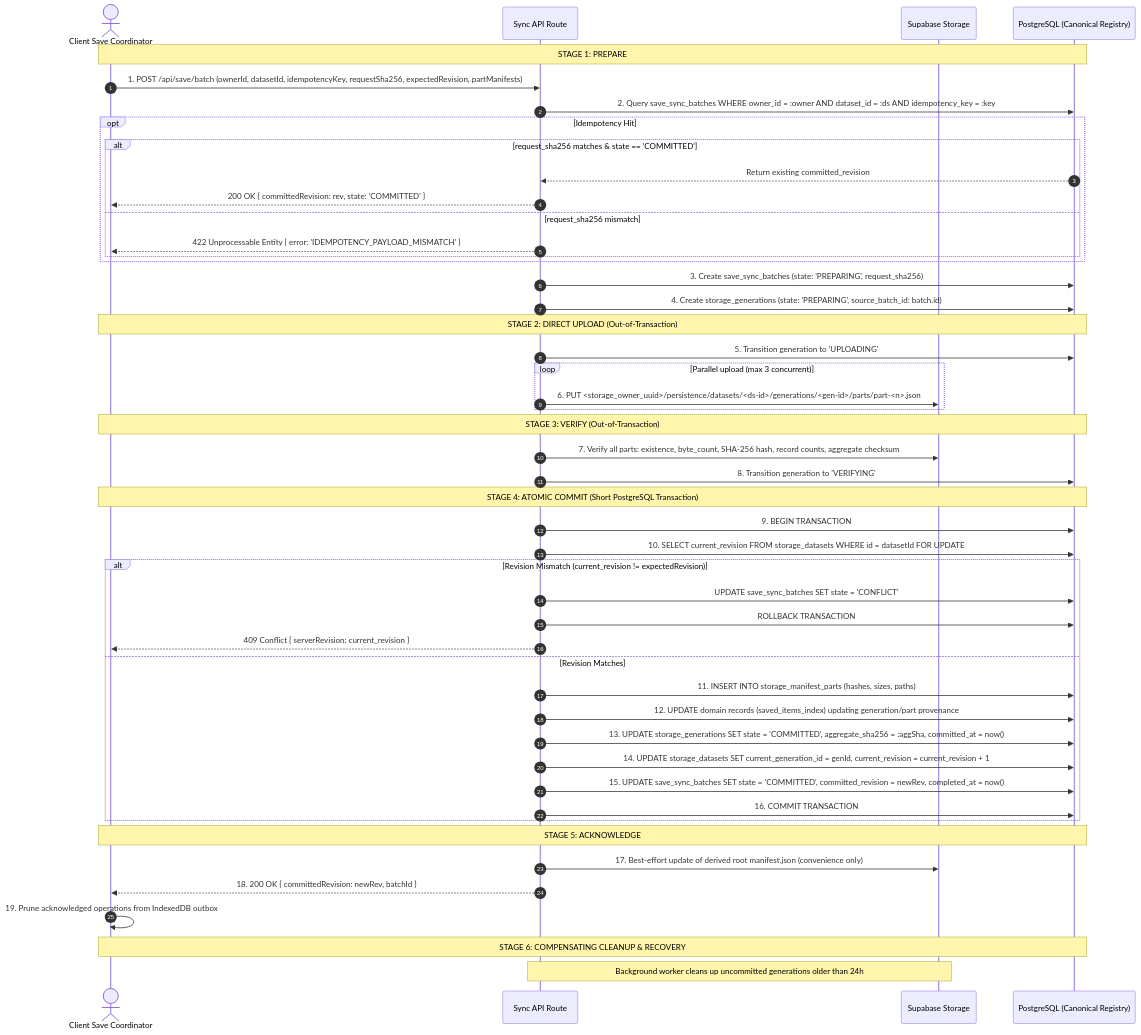
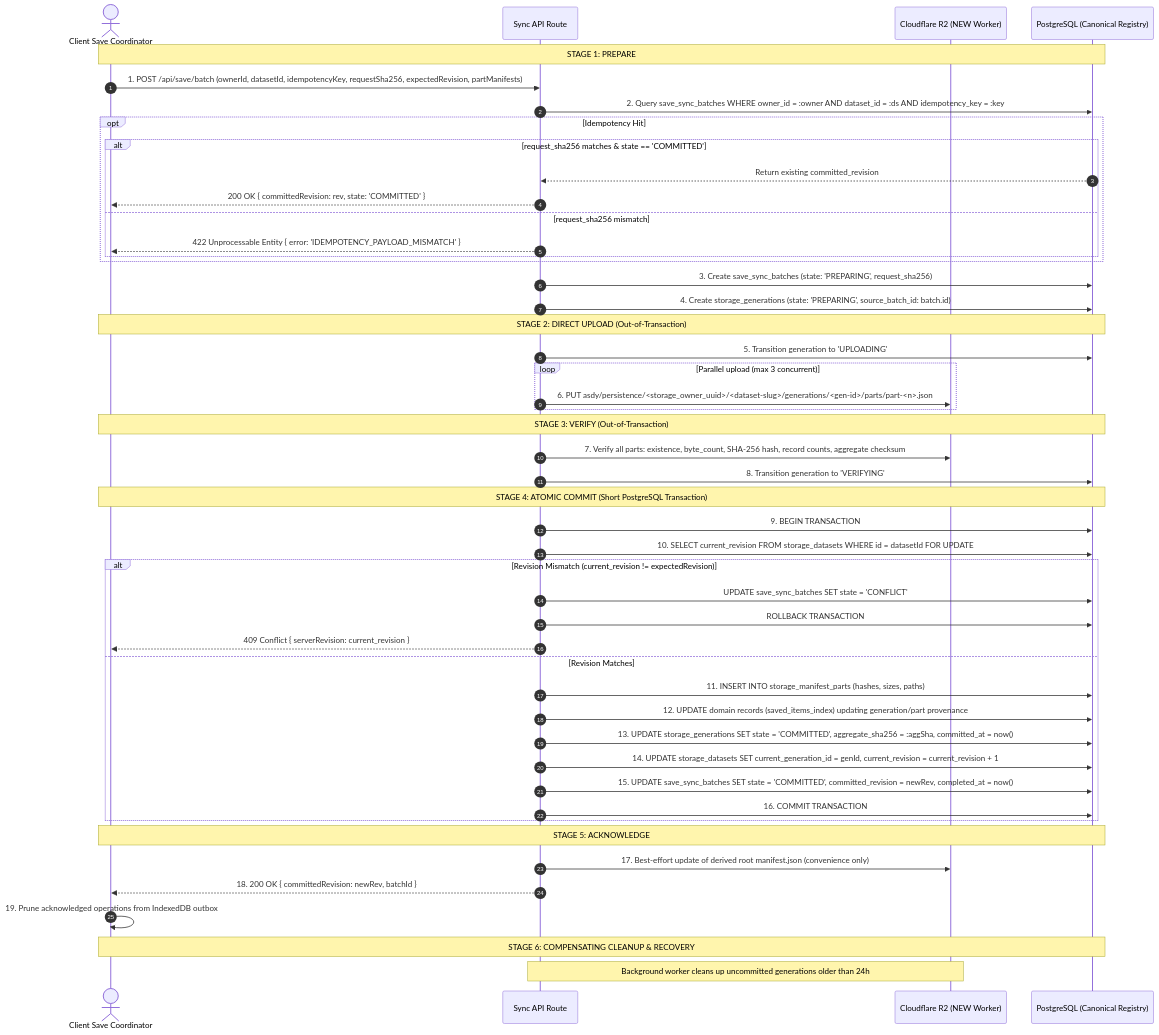
One commit to alahly13/youtube-discovery changed the diagram in docs/data-architecture/sync-and-recovery.md. Above: the diagram before and after it, drawn with Mermaid. The commit also changed other lines of this file and 56 other files, not shown here.

Commit message:
Latest updates - sync and architecture improvements

````diff
--- a/docs/data-architecture/sync-and-recovery.md
+++ b/docs/data-architecture/sync-and-recovery.md
@@ -58,56 +61,56 @@
 ```mermaid
 sequenceDiagram
     autonumber
     actor Client as Client Save Coordinator
     participant Server as Sync API Route
-    participant Storage as Supabase Storage
+    participant Storage as Cloudflare R2 (NEW Worker)
     participant DB as PostgreSQL (Canonical Registry)
 
     Note over Client,DB: STAGE 1: PREPARE
     Client->>Server: 1. POST /api/save/batch (ownerId, datasetId, idempotencyKey, requestSha256, expectedRevision, partManifests)
     Server->>DB: 2. Query save_sync_batches WHERE owner_id = :owner AND dataset_id = :ds AND idempotency_key = :key
     opt Idempotency Hit
         alt request_sha256 matches & state == 'COMMITTED'
             DB-->>Server: Return existing committed_revision
             Server-->>Client: 200 OK { committedRevision: rev, state: 'COMMITTED' }
         else request_sha256 mismatch
             Server-->>Client: 422 Unprocessable Entity { error: 'IDEMPOTENCY_PAYLOAD_MISMATCH' }
         end
     end
     Server->>DB: 3. Create save_sync_batches (state: 'PREPARING', request_sha256)
     Server->>DB: 4. Create storage_generations (state: 'PREPARING', source_batch_id: batch.id)
 
     Note over Client,DB: STAGE 2: DIRECT UPLOAD (Out-of-Transaction)
     Server->>DB: 5. Transition generation to 'UPLOADING'
     loop Parallel upload (max 3 concurrent)
-        Server->>Storage: 6. PUT <storage_owner_uuid>/persistence/datasets/<ds-id>/generations/<gen-id>/parts/part-<n>.json
+        Server->>Storage: 6. PUT asdy/persistence/<storage_owner_uuid>/<dataset-slug>/generations/<gen-id>/parts/part-<n>.json
     end
 
     Note over Client,DB: STAGE 3: VERIFY (Out-of-Transaction)
     Server->>Storage: 7. Verify all parts: existence, byte_count, SHA-256 hash, record counts, aggregate checksum
     Server->>DB: 8. Transition generation to 'VERIFYING'
 
     Note over Client,DB: STAGE 4: ATOMIC COMMIT (Short PostgreSQL Transaction)
     Server->>DB: 9. BEGIN TRANSACTION
     Server->>DB: 10. SELECT current_revision FROM storage_datasets WHERE id = datasetId FOR UPDATE
     alt Revision Mismatch (current_revision != expectedRevision)
         Server->>DB: UPDATE save_sync_batches SET state = 'CONFLICT'
         Server->>DB: ROLLBACK TRANSACTION
         Server-->>Client: 409 Conflict { serverRevision: current_revision }
     else Revision Matches
         Server->>DB: 11. INSERT INTO storage_manifest_parts (hashes, sizes, paths)
         Server->>DB: 12. UPDATE domain records (saved_items_index) updating generation/part provenance
         Server->>DB: 13. UPDATE storage_generations SET state = 'COMMITTED', aggregate_sha256 = :aggSha, committed_at = now()
         Server->>DB: 14. UPDATE storage_datasets SET current_generation_id = genId, current_revision = current_revision + 1
         Server->>DB: 15. UPDATE save_sync_batches SET state = 'COMMITTED', committed_revision = newRev, completed_at = now()
         Server->>DB: 16. COMMIT TRANSACTION
     end
 
     Note over Client,DB: STAGE 5: ACKNOWLEDGE
     Server->>Storage: 17. Best-effort update of derived root manifest.json (convenience only)
     Server-->>Client: 18. 200 OK { committedRevision: newRev, batchId }
     Client->>Client: 19. Prune acknowledged operations from IndexedDB outbox
 
     Note over Client,DB: STAGE 6: COMPENSATING CLEANUP & RECOVERY
     Note over Server,Storage: Background worker cleans up uncommitted generations older than 24h
 ```
````
